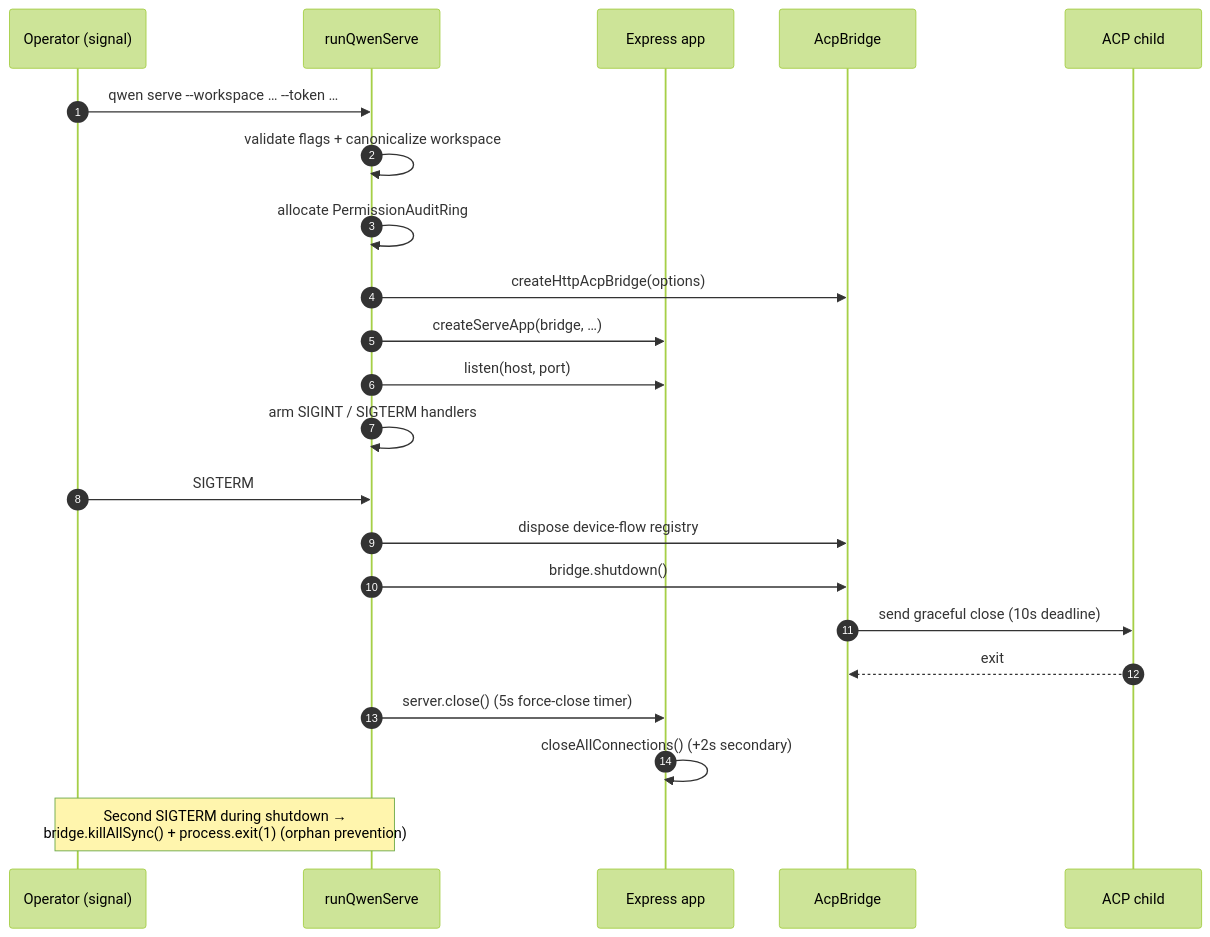
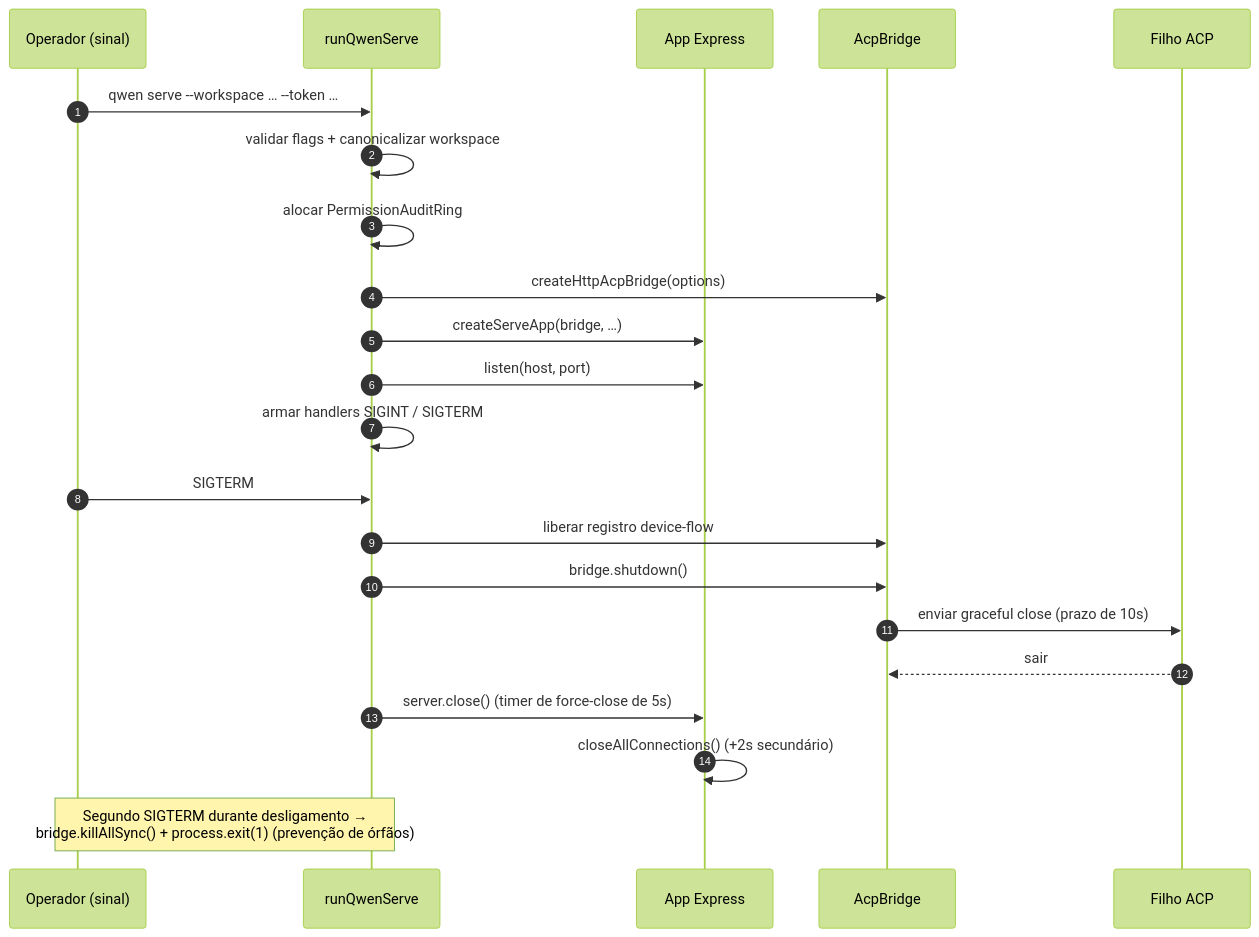
The seventh of 7 diagrams in website/content/pt-BR/developers/daemon/01-architecture.md (QwenLM/qwen-code-docs), drawn with Mermaid (forest theme) before and after one commit. The commit also changed other lines of this file and 1077 other files, not shown here.

First line of the commit message:
docs(i18n): full re-sync and translate all docs to 6 languages

````diff
--- a/website/content/pt-BR/developers/daemon/01-architecture.md
+++ b/website/content/pt-BR/developers/daemon/01-architecture.md
@@ -295,26 +297,26 @@
 ```mermaid
 sequenceDiagram
     autonumber
-    participant Op as Operator (signal)
+    participant Op as Operador (sinal)
     participant RQS as runQwenServe
-    participant APP as Express app
+    participant APP as App Express
     participant BR as AcpBridge
-    participant CH as ACP child
+    participant CH as Filho ACP
 
     Op->>RQS: qwen serve --workspace … --token …
-    RQS->>RQS: validate flags + canonicalize workspace
-    RQS->>RQS: allocate PermissionAuditRing
+    RQS->>RQS: validar flags + canonicalizar workspace
+    RQS->>RQS: alocar PermissionAuditRing
     RQS->>BR: createHttpAcpBridge(options)
     RQS->>APP: createServeApp(bridge, …)
     RQS->>APP: listen(host, port)
-    RQS->>RQS: arm SIGINT / SIGTERM handlers
+    RQS->>RQS: armar handlers SIGINT / SIGTERM
 
     Op->>RQS: SIGTERM
-    RQS->>BR: dispose device-flow registry
+    RQS->>BR: liberar registro device-flow
     RQS->>BR: bridge.shutdown()
-    BR->>CH: send graceful close (10s deadline)
-    CH-->>BR: exit
-    RQS->>APP: server.close() (5s force-close timer)
-    APP->>APP: closeAllConnections() (+2s secondary)
-    Note over Op,RQS: Second SIGTERM during shutdown →<br/>bridge.killAllSync() + process.exit(1) (orphan prevention)
+    BR->>CH: enviar graceful close (prazo de 10s)
+    CH-->>BR: sair
+    RQS->>APP: server.close() (timer de force-close de 5s)
+    APP->>APP: closeAllConnections() (+2s secundário)
+    Note over Op,RQS: Segundo SIGTERM durante desligamento →<br/>bridge.killAllSync() + process.exit(1) (prevenção de órfãos)
 ```
````
